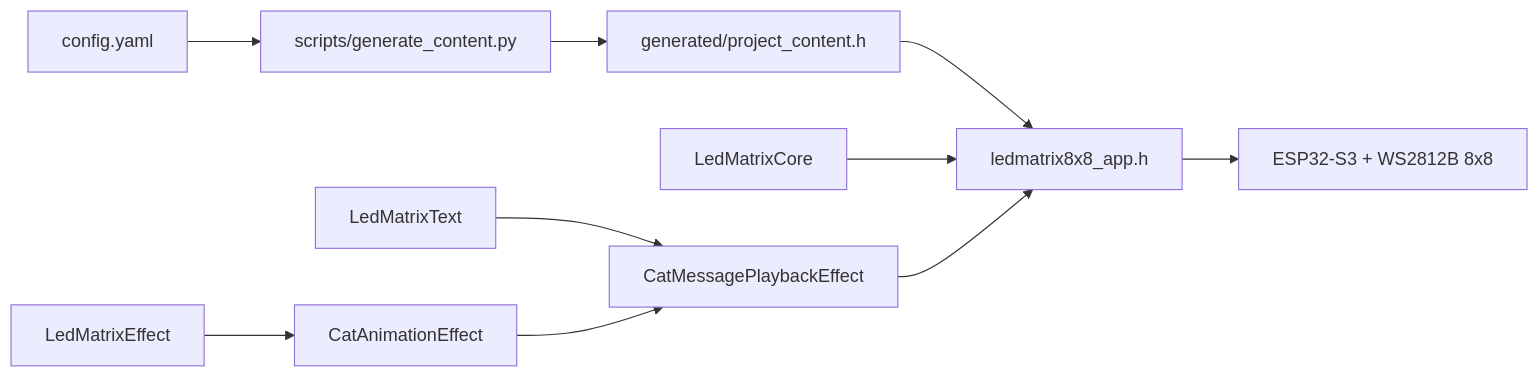
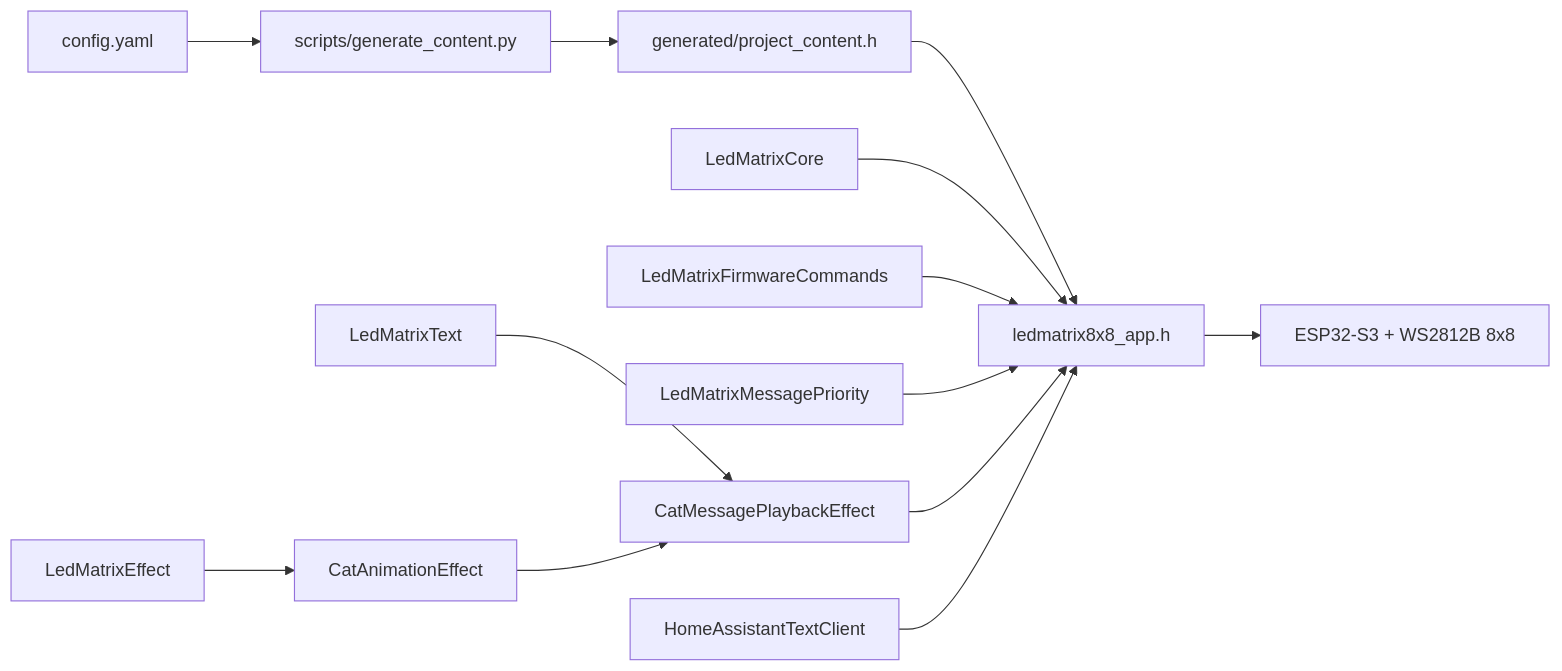
The first of 2 diagrams in README.md (bernardopg/ledmatrix8x8), drawn with Mermaid before and after one commit. The commit also changed other lines of this file and 10 other files, not shown here.

````diff
--- a/README.md
+++ b/README.md
@@ -60,12 +61,15 @@
 ```mermaid
 flowchart LR
   A["config.yaml"] --> B["scripts/generate_content.py"]
   B --> C["generated/project_content.h"]
   C --> D["ledmatrix8x8_app.h"]
   E["LedMatrixCore"] --> D
+  E2["LedMatrixFirmwareCommands"] --> D
+  E3["LedMatrixMessagePriority"] --> D
   F["LedMatrixEffect"] --> G["CatAnimationEffect"]
   H["LedMatrixText"] --> I["CatMessagePlaybackEffect"]
   G --> I
   I --> D
-  D --> J["ESP32-S3 + WS2812B 8x8"]
+  J["HomeAssistantTextClient"] --> D
+  D --> K["ESP32-S3 + WS2812B 8x8"]
 ```
````
